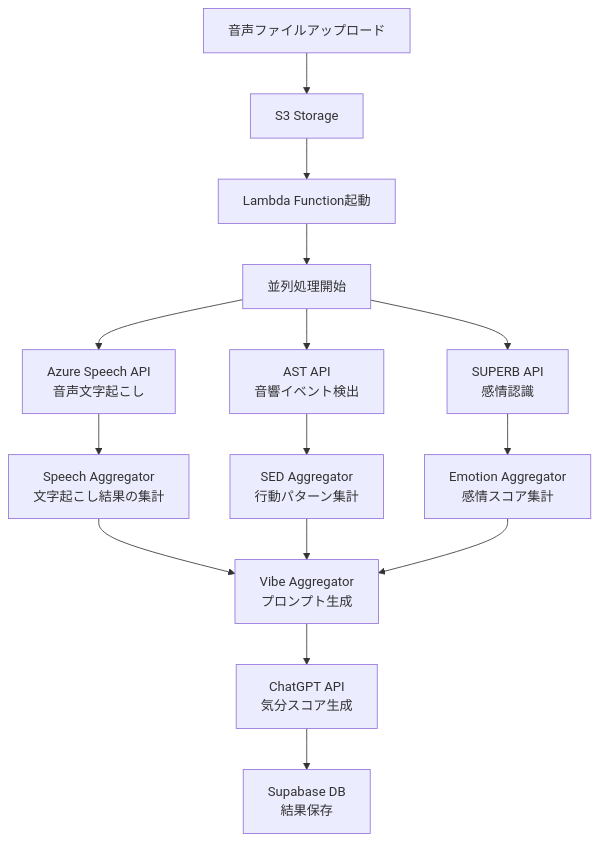
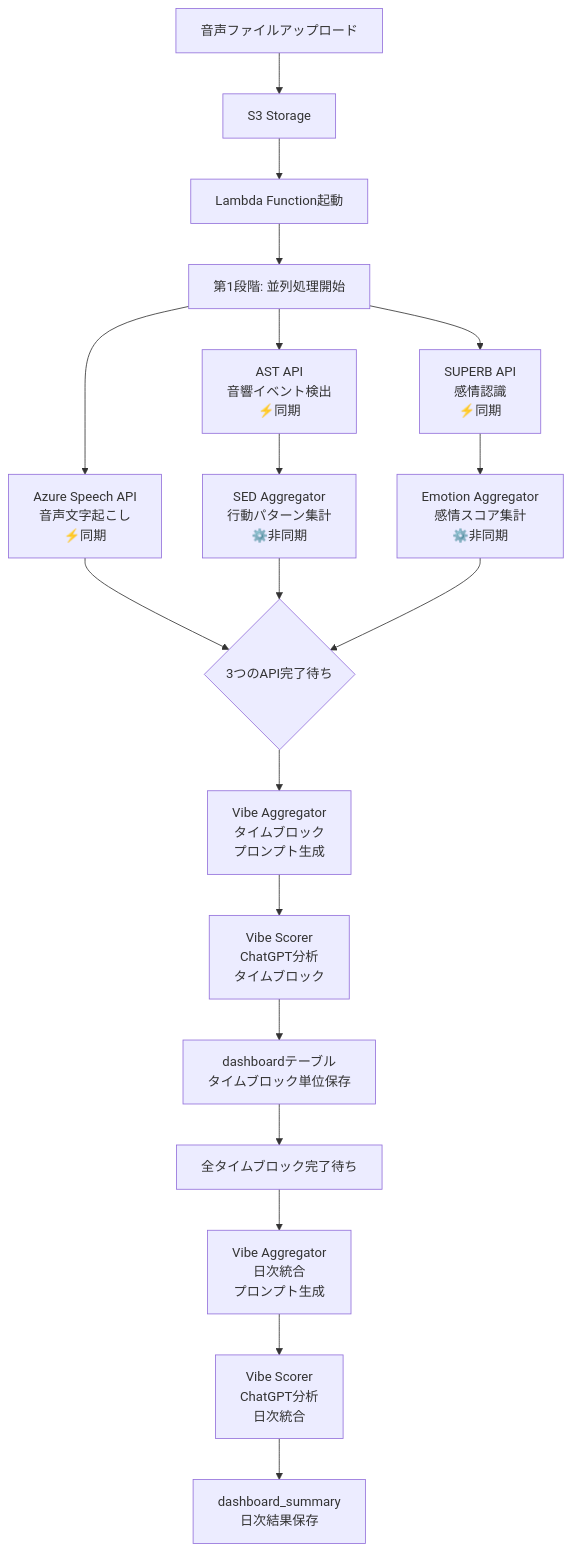
One commit to hey-watchme/server-configs changed the diagram in PROCESSING_ARCHITECTURE.md. Above: the diagram before and after it, drawn with Mermaid. The commit also changed other lines of this file and 2 other files, not shown here.

````diff
--- a/PROCESSING_ARCHITECTURE.md
+++ b/PROCESSING_ARCHITECTURE.md
@@ -13,22 +15,28 @@
 ```mermaid
 graph TD
     A[音声ファイルアップロード] --> B[S3 Storage]
     B --> C[Lambda Function起動]
     
-    C --> D[並列処理開始]
+    C --> D[第1段階: 並列処理開始]
     
-    D --> E[Azure Speech API<br/>音声文字起こし]
-    D --> F[AST API<br/>音響イベント検出]
-    D --> G[SUPERB API<br/>感情認識]
+    D --> E[Azure Speech API<br/>音声文字起こし<br/>⚡同期]
+    D --> F[AST API<br/>音響イベント検出<br/>⚡同期]
+    D --> G[SUPERB API<br/>感情認識<br/>⚡同期]
     
-    E --> H[Speech Aggregator<br/>文字起こし結果の集計]
-    F --> I[SED Aggregator<br/>行動パターン集計]
-    G --> J[Emotion Aggregator<br/>感情スコア集計]
+    F --> I[SED Aggregator<br/>行動パターン集計<br/>⚙️非同期]
+    G --> J[Emotion Aggregator<br/>感情スコア集計<br/>⚙️非同期]
     
-    H --> K[Vibe Aggregator<br/>プロンプト生成]
-    I --> K
-    J --> K
+    E --> W{3つのAPI完了待ち}
+    I --> W
+    J --> W
     
-    K --> L[ChatGPT API<br/>気分スコア生成]
-    L --> M[Supabase DB<br/>結果保存]
+    W --> K[Vibe Aggregator<br/>タイムブロック<br/>プロンプト生成]
+    
+    K --> L1[Vibe Scorer<br/>ChatGPT分析<br/>タイムブロック]
+    L1 --> T[dashboardテーブル<br/>タイムブロック単位保存]
+    
+    T --> N[全タイムブロック完了待ち]
+    N --> O[Vibe Aggregator<br/>日次統合<br/>プロンプト生成]
+    O --> L2[Vibe Scorer<br/>ChatGPT分析<br/>日次統合]
+    L2 --> M[dashboard_summary<br/>日次結果保存]
 ```
````
